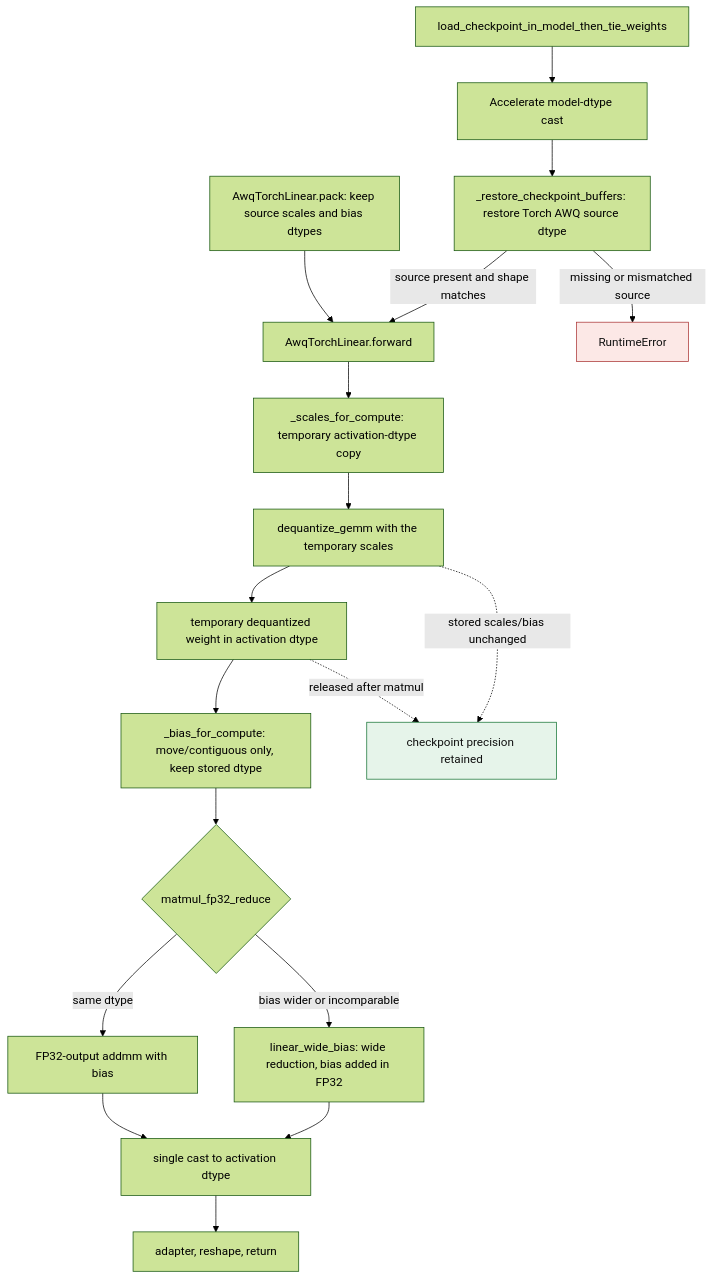
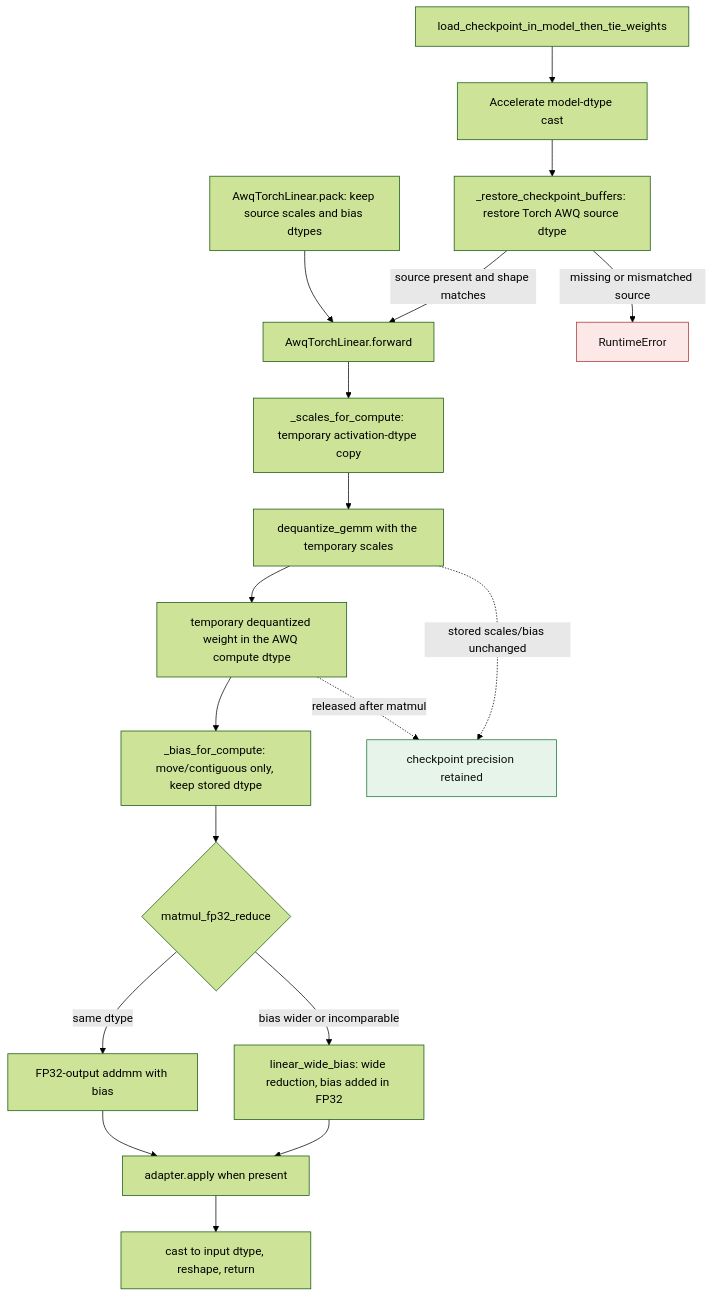
One commit to ModelCloud/GPTQModel changed the diagram in docs/awq-runtime-dtype-precision.md. Above: the diagram before and after it, drawn with Mermaid (forest theme). The commit also changed other lines of this file and 5 other files, not shown here.

````diff
--- a/docs/awq-runtime-dtype-precision.md
+++ b/docs/awq-runtime-dtype-precision.md
@@ -25,24 +25,24 @@
 ```mermaid
 flowchart TD
     L["load_checkpoint_in_model_then_tie_weights"] --> M["Accelerate model-dtype cast"]
     M --> N["_restore_checkpoint_buffers: restore Torch AWQ source dtype"]
     N -- "source present and shape matches" --> A["AwqTorchLinear.forward"]
     N -- "missing or mismatched source" --> X["RuntimeError"]
     P["AwqTorchLinear.pack: keep source scales and bias dtypes"] --> A
     A --> B["_scales_for_compute: temporary activation-dtype copy"]
     B --> C["dequantize_gemm with the temporary scales"]
-    C --> D["temporary dequantized weight in activation dtype"]
+    C --> D["temporary dequantized weight in the AWQ compute dtype"]
     D --> E["_bias_for_compute: move/contiguous only, keep stored dtype"]
     E --> F{"matmul_fp32_reduce"}
     F -- "bias wider or incomparable" --> G["linear_wide_bias: wide reduction, bias added in FP32"]
     F -- "same dtype" --> H["FP32-output addmm with bias"]
-    G --> I["single cast to activation dtype"]
+    G --> I["adapter.apply when present"]
     H --> I
-    I --> J["adapter, reshape, return"]
+    I --> J["cast to input dtype, reshape, return"]
     C -. "stored scales/bias unchanged" .-> K["checkpoint precision retained"]
     D -. "released after matmul" .-> K
     classDef failure fill:#fce8e6,stroke:#a33,color:#111
     classDef stored fill:#e6f4ea,stroke:#137333,color:#111
     class X failure
     class K stored
 ```
````
